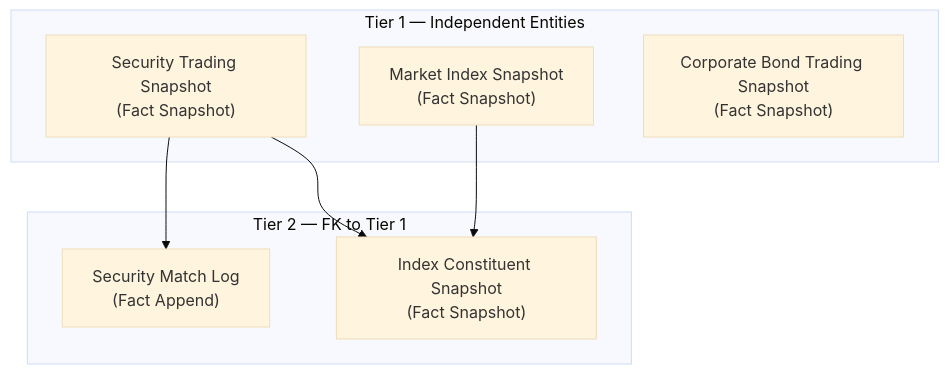
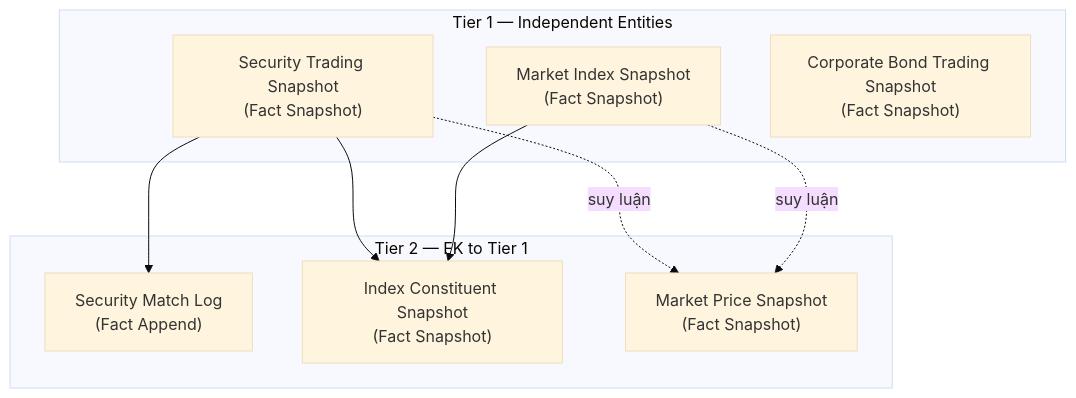
Before and after one commit to linhlvit/ubck_atomic_design: the first of 2 diagrams in DataModel/working/Atomic/hld/MDDS_HLD_Overview.md, drawn with Mermaid (base theme). The commit also changed other lines of this file and 24 other files, not shown here.

````diff
--- a/DataModel/working/Atomic/hld/MDDS_HLD_Overview.md
+++ b/DataModel/working/Atomic/hld/MDDS_HLD_Overview.md
@@ -25,17 +26,20 @@
 ```mermaid
 graph TD
     subgraph T1["Tier 1 — Independent Entities"]
         E1["Security Trading Snapshot\n(Fact Snapshot)"]
         E2["Market Index Snapshot\n(Fact Snapshot)"]
         E3["Corporate Bond Trading Snapshot\n(Fact Snapshot)"]
     end
 
     subgraph T2["Tier 2 — FK to Tier 1"]
         E4["Security Match Log\n(Fact Append)"]
         E5["Index Constituent Snapshot\n(Fact Snapshot)"]
+        E6["Market Price Snapshot\n(Fact Snapshot)"]
     end
 
     E1 --> E4
     E1 --> E5
     E2 --> E5
+    E1 -.->|suy luận| E6
+    E2 -.->|suy luận| E6
 ```
````
